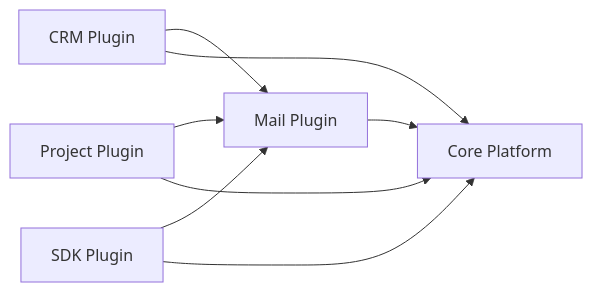
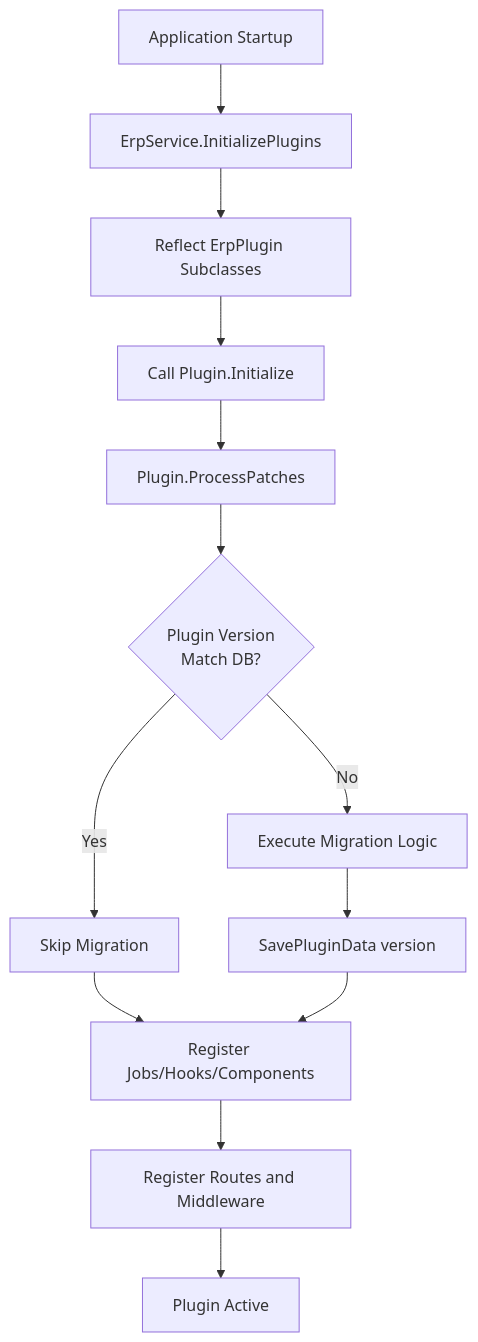
The second of 3 diagrams in docs/reverse-engineering/functional-overview.md (blitzy-public-samples/blitzy-WebVella-ERP), drawn with Mermaid before and after one commit. The commit also changed other lines of this file and 6 other files, not shown here.

````diff
--- a/docs/reverse-engineering/functional-overview.md
+++ b/docs/reverse-engineering/functional-overview.md
@@ -2367,11 +660,15 @@
 ```mermaid
-graph LR
-    CRM[CRM Plugin] --> Mail[Mail Plugin]
-    Project[Project Plugin] --> Mail[Mail Plugin]
-    SDK[SDK Plugin] --> Mail[Mail Plugin]
-    Mail --> Core[Core Platform]
-    
-    CRM --> Core
-    Project --> Core
-    SDK --> Core
+flowchart TD
+    Start[Application Startup] --> LoadPlugins[ErpService.InitializePlugins]
+    LoadPlugins --> DiscoverPlugins[Reflect ErpPlugin Subclasses]
+    DiscoverPlugins --> InitPlugin[Call Plugin.Initialize]
+    InitPlugin --> ProcessPatches[Plugin.ProcessPatches]
+    ProcessPatches --> CheckVersion{Plugin Version<br/>Match DB?}
+    CheckVersion -->|No| RunMigration[Execute Migration Logic]
+    CheckVersion -->|Yes| SkipMigration[Skip Migration]
+    RunMigration --> UpdateVersion[SavePluginData version]
+    SkipMigration --> RegisterComponents[Register Jobs/Hooks/Components]
+    UpdateVersion --> RegisterComponents
+    RegisterComponents --> RegisterRoutes[Register Routes and Middleware]
+    RegisterRoutes --> PluginReady[Plugin Active]
 ```
````
